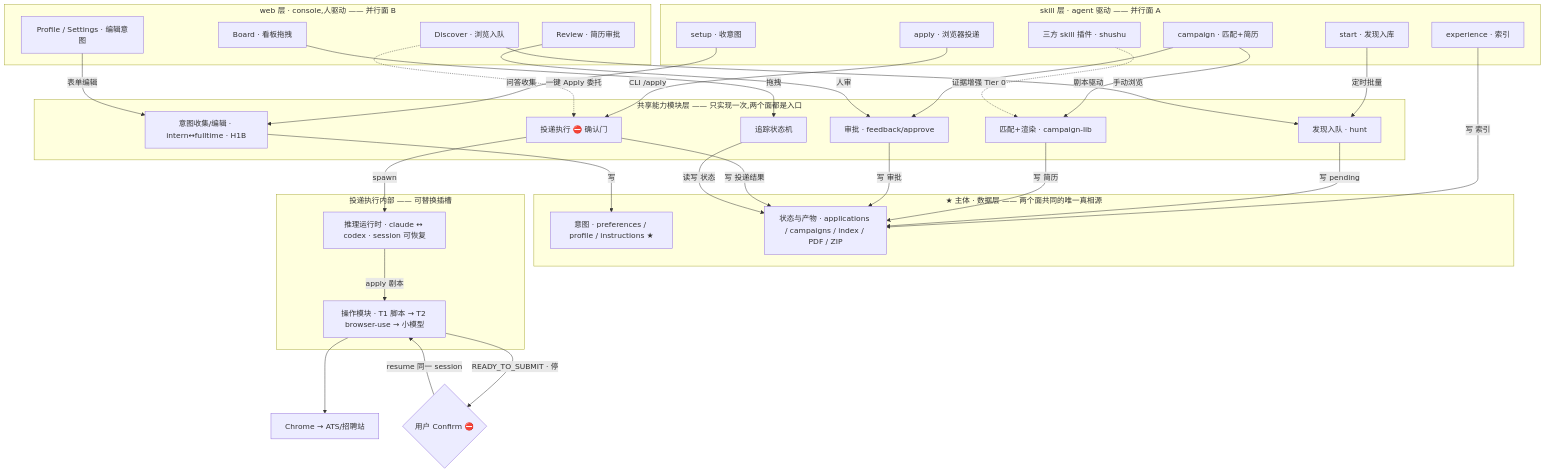
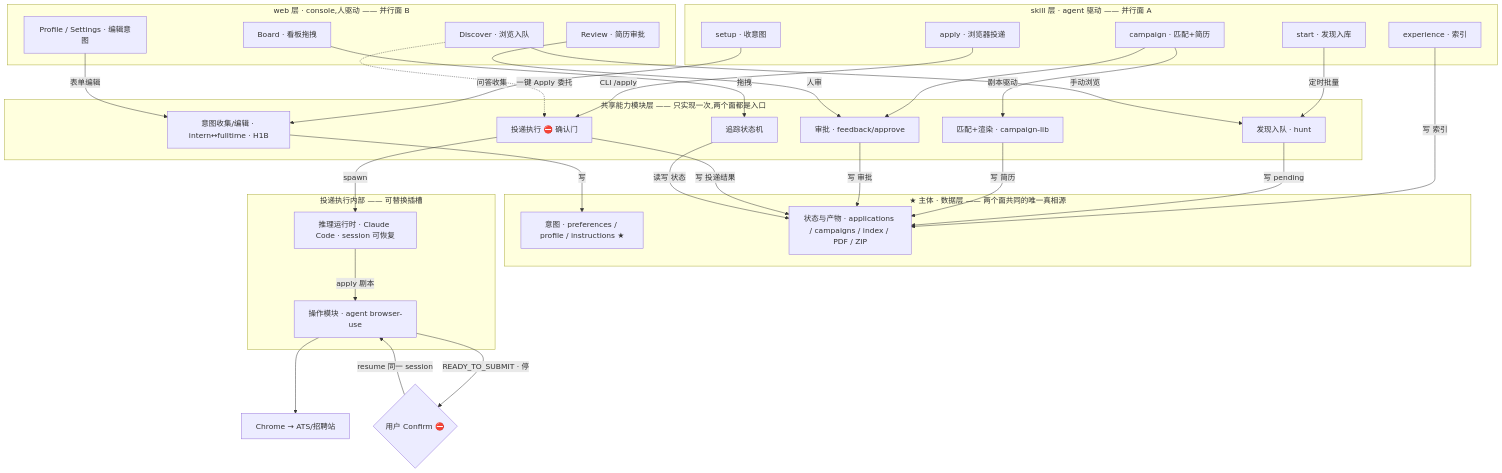
Before and after one commit to Sma1lboy/coforce-apply: the first of 4 diagrams in docs/ARCHITECTURE.md, drawn with Mermaid. The commit also changed other lines of this file and 155 other files, not shown here.

````diff
--- a/docs/ARCHITECTURE.md
+++ b/docs/ARCHITECTURE.md
@@ -30,64 +31,62 @@
 ```mermaid
 flowchart TB
   subgraph SK[skill 层 · agent 驱动 —— 并行面 A]
     SETUP[setup · 收意图]
     EXP[experience · 索引]
     START[start · 发现入库]
     CAMP[campaign · 匹配+简历]
     APPLY[apply · 浏览器投递]
-    SHU[三方 skill 插件 · shushu]
   end
 
   subgraph WEB[web 层 · console,人驱动 —— 并行面 B]
     DISC[Discover · 浏览入队]
     BOARD[Board · 看板拖拽]
     REV[Review · 简历审批]
     PSET[Profile / Settings · 编辑意图]
   end
 
   subgraph CAP[共享能力模块层 —— 只实现一次,两个面都是入口]
     C1[意图收集/编辑 · intern↔fulltime · H1B]
     C3[发现入队 · hunt]
     C4[匹配+渲染 · campaign-lib]
     C5[审批 · feedback/approve]
     C6[投递执行 ⛔ 确认门]
     C7[追踪状态机]
   end
 
   subgraph CORE[★ 主体 · 数据层 —— 两个面共同的唯一真相源]
     INTENT[意图 · preferences / profile / instructions ★]
     STATE[状态与产物 · applications / campaigns / index / PDF / ZIP]
   end
 
   SETUP -->|问答收集| C1
   PSET -->|表单编辑| C1
   START -->|定时批量| C3
   DISC -->|手动浏览| C3
   CAMP -->|剧本驱动| C4
   CAMP --> C5
   REV -->|人审| C5
   APPLY -->|CLI /apply| C6
   DISC -.->|一键 Apply 委托| C6
   BOARD -->|拖拽| C7
   EXP -->|写 索引| STATE
   subgraph EXEC[投递执行内部 —— 可替换插槽]
-    RT[推理运行时 · claude ↔ codex · session 可恢复]
-    OP[操作模块 · T1 脚本 → T2 browser-use → 小模型]
+    RT[推理运行时 · Claude Code · session 可恢复]
+    OP[操作模块 · agent browser-use]
   end
   CHATS[Chrome → ATS/招聘站]
   GATE{用户 Confirm ⛔}
 
   C6 -->|spawn| RT
   RT -->|apply 剧本| OP
   OP --> CHATS
   OP -->|READY_TO_SUBMIT · 停| GATE
   GATE -->|resume 同一 session| OP
-  SHU -.->|证据增强 Tier 0| C4
 
   C1 -->|写| INTENT
   C3 -->|写 pending| STATE
   C4 -->|写 简历| STATE
   C5 -->|写 审批| STATE
   C6 -->|写 投递结果| STATE
   C7 -->|读写 状态| STATE
 ```
````
